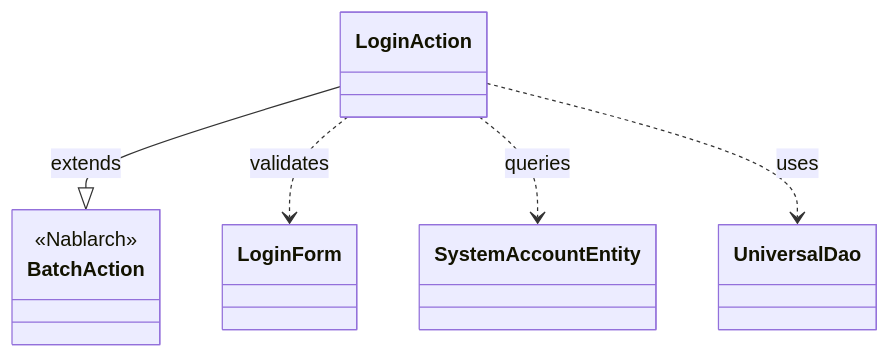
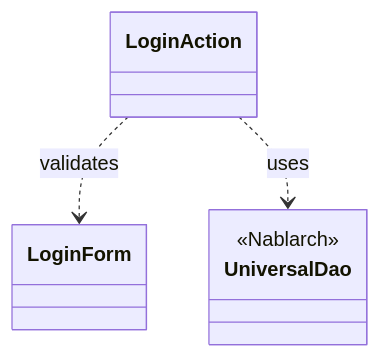
The first of 2 diagrams in Sample_Project/Source_Code/proman-project/.claude/skills/nabledge-6/workflows/code-analysis.md (Fintan-contents/nablarch-system-development-guide), drawn with Mermaid before and after one commit. The commit also changed other lines of this file and 10 other files, not shown here.

````diff
--- a/Sample_Project/Source_Code/proman-project/.claude/skills/nabledge-6/workflows/code-analysis.md
+++ b/Sample_Project/Source_Code/proman-project/.claude/skills/nabledge-6/workflows/code-analysis.md
@@ -303,15 +162,11 @@
-   ```mermaid
-   classDiagram
-       class LoginAction
-       class LoginForm
-       class SystemAccountEntity
-       class UniversalDao
-       class BatchAction {
-           <<Nablarch>>
-       }
+```mermaid
+classDiagram
+    class LoginAction
+    class LoginForm
+    class UniversalDao {
+        <<Nablarch>>
+    }
 
-       LoginAction --|> BatchAction : extends
-       LoginAction ..> LoginForm : validates
-       LoginAction ..> SystemAccountEntity : queries
-       LoginAction ..> UniversalDao : uses
-   ```
+    LoginAction ..> LoginForm : validates
+    LoginAction ..> UniversalDao : uses
+```
````
